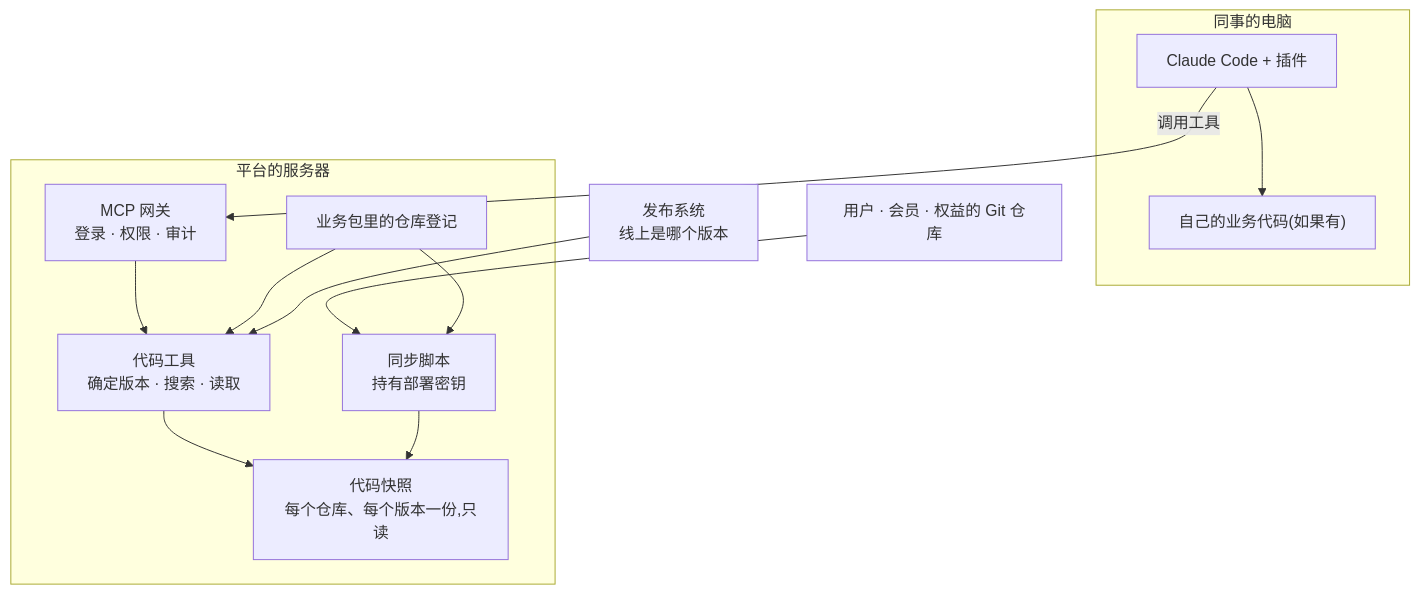
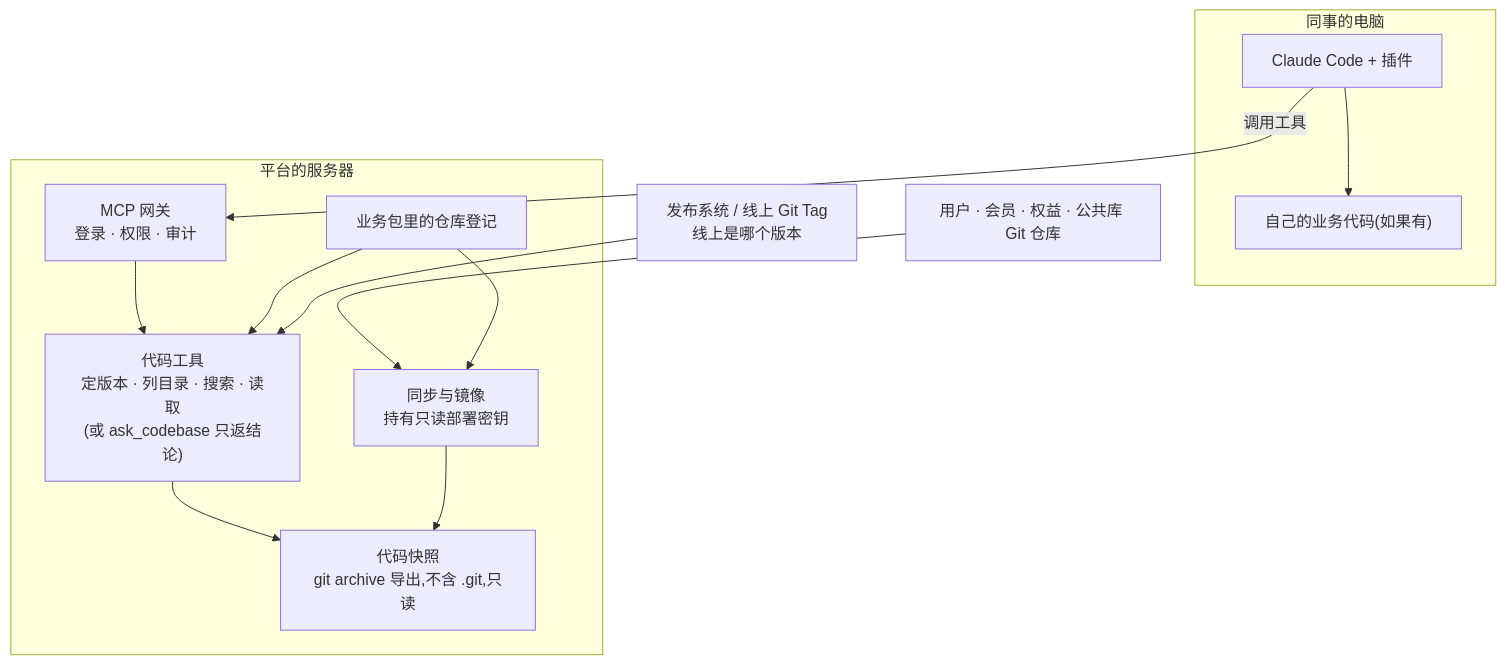
The second of 2 diagrams in docs/ai-native-design-v3/10-代码查询-原理与设计.md (Sam-BIGUncle/AI_agent), drawn with Mermaid before and after one commit. The commit also changed other lines of this file, not shown here.

````diff
--- a/docs/ai-native-design-v3/10-代码查询-原理与设计.md
+++ b/docs/ai-native-design-v3/10-代码查询-原理与设计.md
@@ -40,22 +41,22 @@
 ```mermaid
 flowchart TB
   subgraph PC["同事的电脑"]
     A["Claude Code + 插件"]
     L["自己的业务代码(如果有)"]
   end
   subgraph SRV["平台的服务器"]
     GW["MCP 网关<br/>登录 · 权限 · 审计"]
-    CT["代码工具<br/>确定版本 · 搜索 · 读取"]
-    SNAP["代码快照<br/>每个仓库、每个版本一份,只读"]
-    SYNC["同步脚本<br/>持有部署密钥"]
+    CT["代码工具<br/>定版本 · 列目录 · 搜索 · 读取<br/>(或 ask_codebase 只返结论)"]
+    SNAP["代码快照<br/>git archive 导出,不含 .git,只读"]
+    SYNC["同步与镜像<br/>持有只读部署密钥"]
     REG["业务包里的仓库登记"]
   end
-  GIT["用户 · 会员 · 权益的 Git 仓库"]
-  REL["发布系统<br/>线上是哪个版本"]
+  GIT["用户 · 会员 · 权益 · 公共库 Git 仓库"]
+  REL["发布系统 / 线上 Git Tag<br/>线上是哪个版本"]
   A --> L
   A -->|"调用工具"| GW --> CT --> SNAP
   GIT --> SYNC --> SNAP
   REG --> SYNC
   REG --> CT
   REL --> CT
 ```
````
